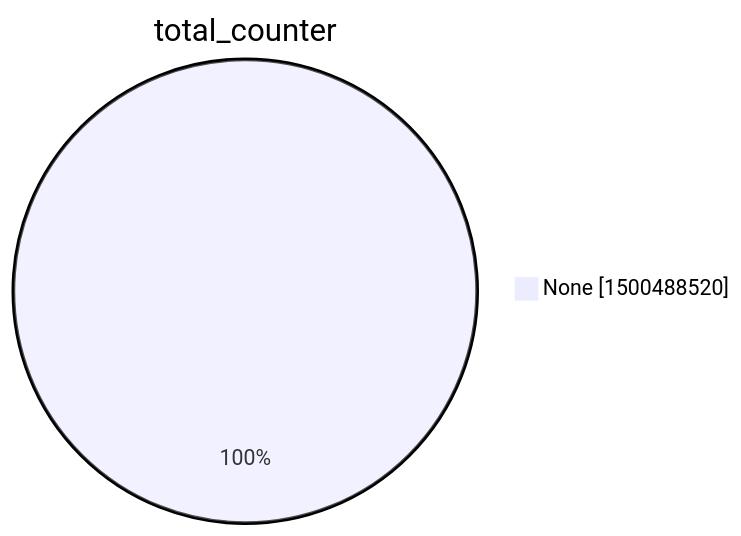
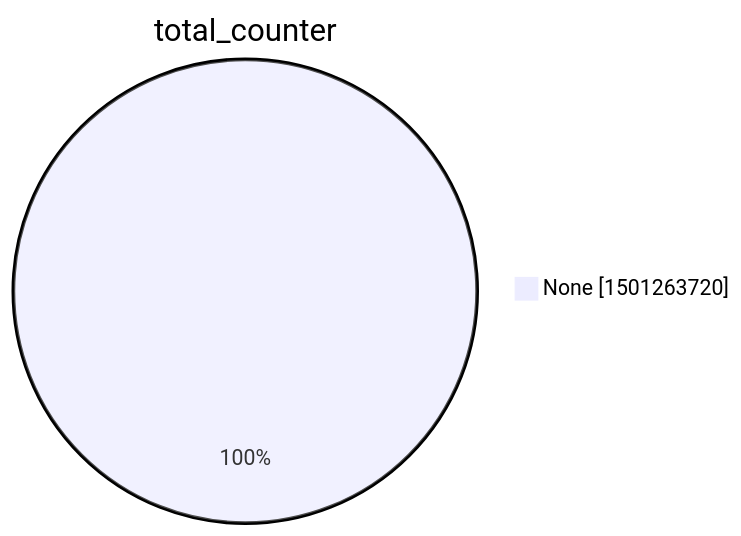
The second of 15 diagrams in xenon2022/README.md (christiankrug/ctmonitor_visualization), drawn with Mermaid before and after one commit. The commit also changed other lines of this file, not shown here.

````diff
--- a/xenon2022/README.md
+++ b/xenon2022/README.md
@@ -9,5 +9,5 @@
 ```mermaid
 pie showData
 title total_counter
-"None" :1500488520
+"None" :1501263720
 ```
````
